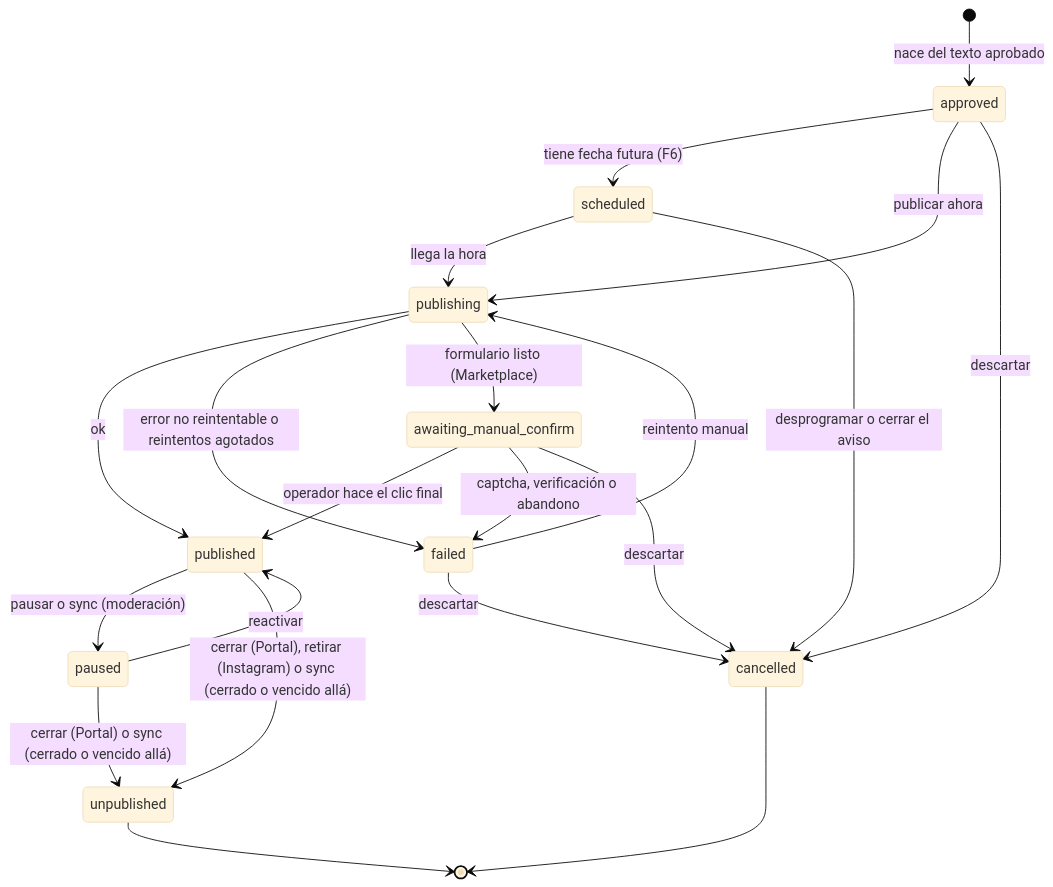
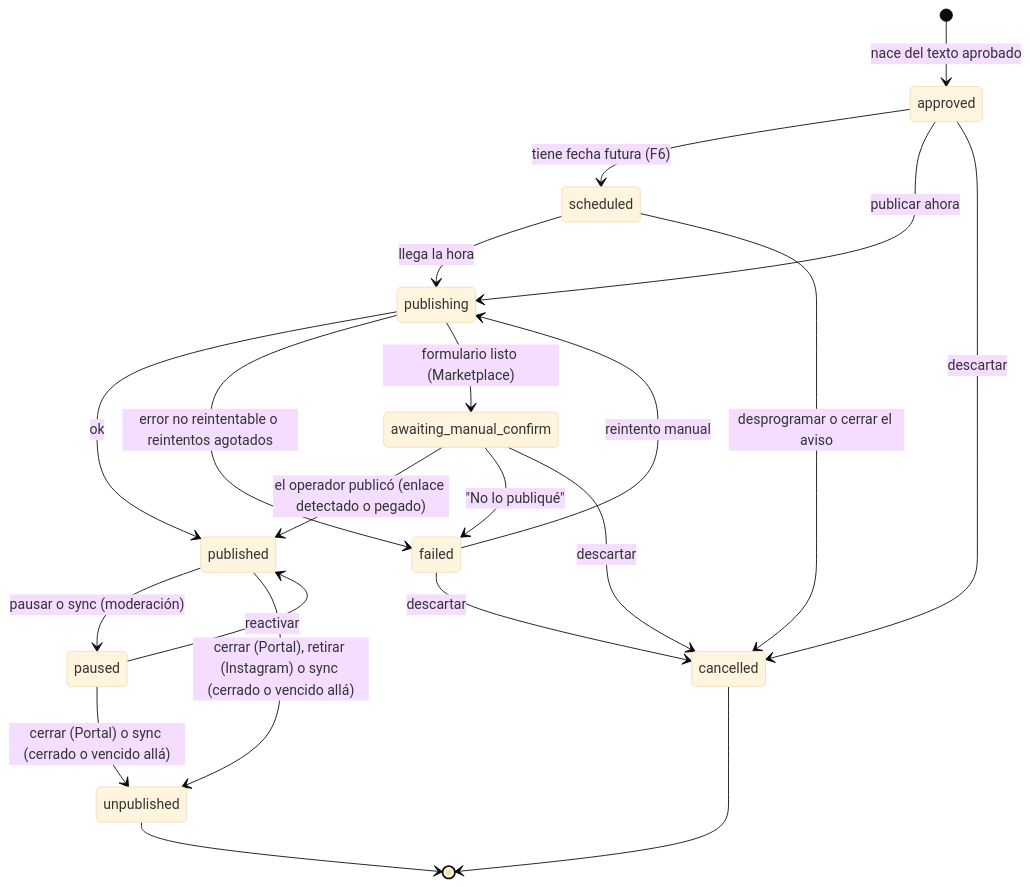
Before and after one commit to vicentewolde/AgentSales: the second of 2 diagrams in docs/01-arquitectura.md, drawn with Mermaid (base theme). The commit also changed other lines of this file and 65 other files, not shown here.

````diff
--- a/docs/01-arquitectura.md
+++ b/docs/01-arquitectura.md
@@ -175,23 +175,23 @@
 ```mermaid
 stateDiagram-v2
   [*] --> approved: nace del texto aprobado
   approved --> scheduled: tiene fecha futura (F6)
   approved --> publishing: publicar ahora
   scheduled --> publishing: llega la hora
   publishing --> published: ok
   publishing --> failed: error no reintentable o reintentos agotados
   failed --> publishing: reintento manual
   published --> paused: pausar o sync (moderación)
   paused --> published: reactivar
   published --> unpublished: cerrar (Portal), retirar (Instagram) o sync (cerrado o vencido allá)
   paused --> unpublished: cerrar (Portal) o sync (cerrado o vencido allá)
   publishing --> awaiting_manual_confirm: formulario listo (Marketplace)
-  awaiting_manual_confirm --> published: operador hace el clic final
-  awaiting_manual_confirm --> failed: captcha, verificación o abandono
+  awaiting_manual_confirm --> published: el operador publicó (enlace detectado o pegado)
+  awaiting_manual_confirm --> failed: "No lo publiqué"
   unpublished --> [*]
   approved --> cancelled: descartar
   scheduled --> cancelled: desprogramar o cerrar el aviso
   failed --> cancelled: descartar
   awaiting_manual_confirm --> cancelled: descartar
   cancelled --> [*]
 ```
````
